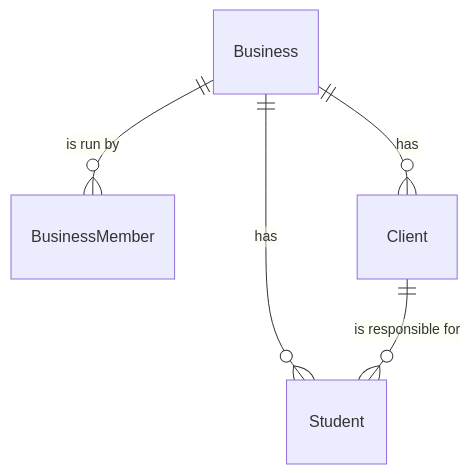
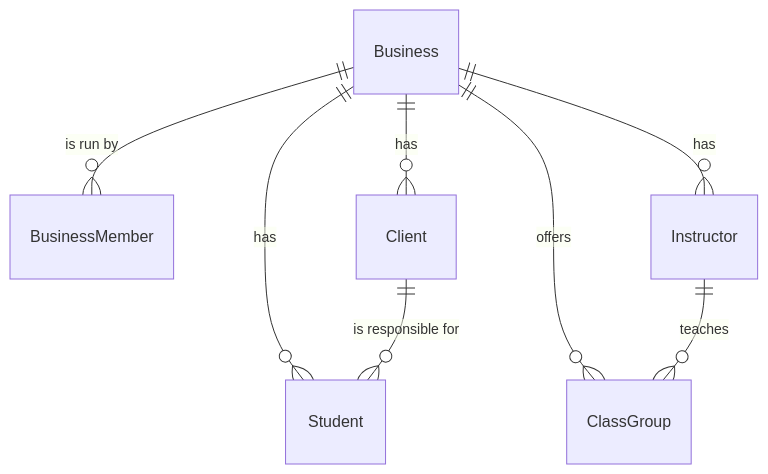
One commit to alejandrolazarte/class-manager changed the diagram in docs/backend/domain-model.md. Above: the diagram before and after it, drawn with Mermaid. The commit also changed other lines of this file and 78 other files, not shown here.

````diff
--- a/docs/backend/domain-model.md
+++ b/docs/backend/domain-model.md
@@ -15,7 +15,10 @@
 ```mermaid
 erDiagram
     Business ||--o{ BusinessMember : "is run by"
     Business ||--o{ Client : has
     Business ||--o{ Student : has
     Client ||--o{ Student : "is responsible for"
+    Business ||--o{ Instructor : has
+    Business ||--o{ ClassGroup : offers
+    Instructor ||--o{ ClassGroup : teaches
 ```
````
